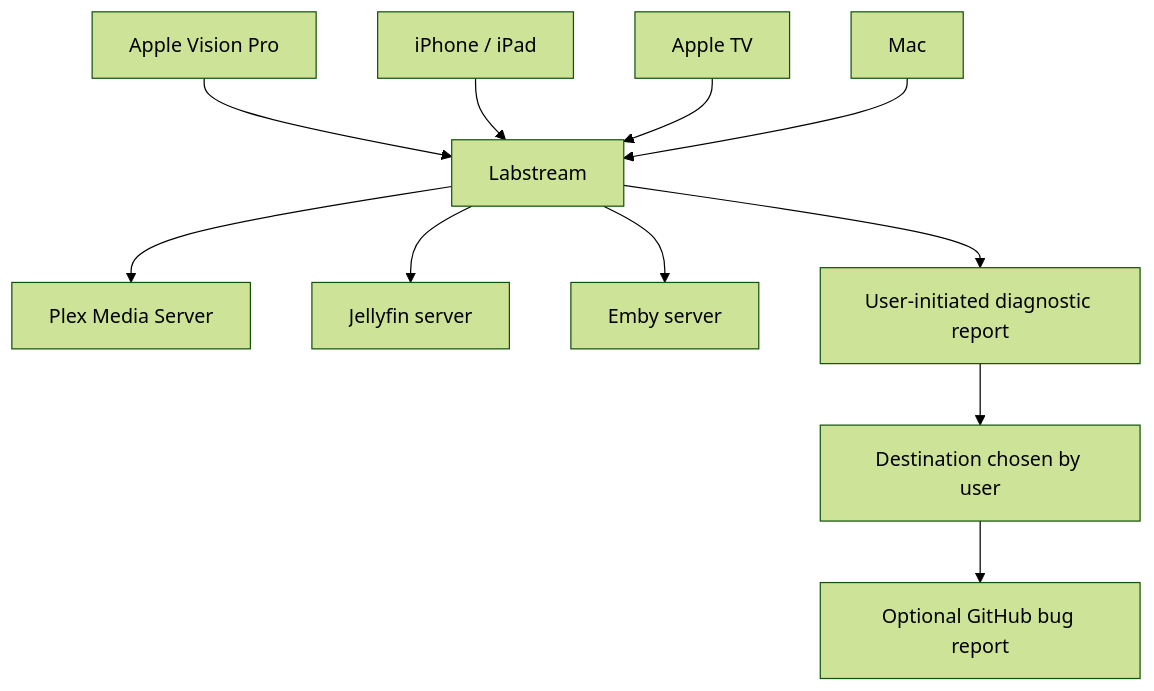
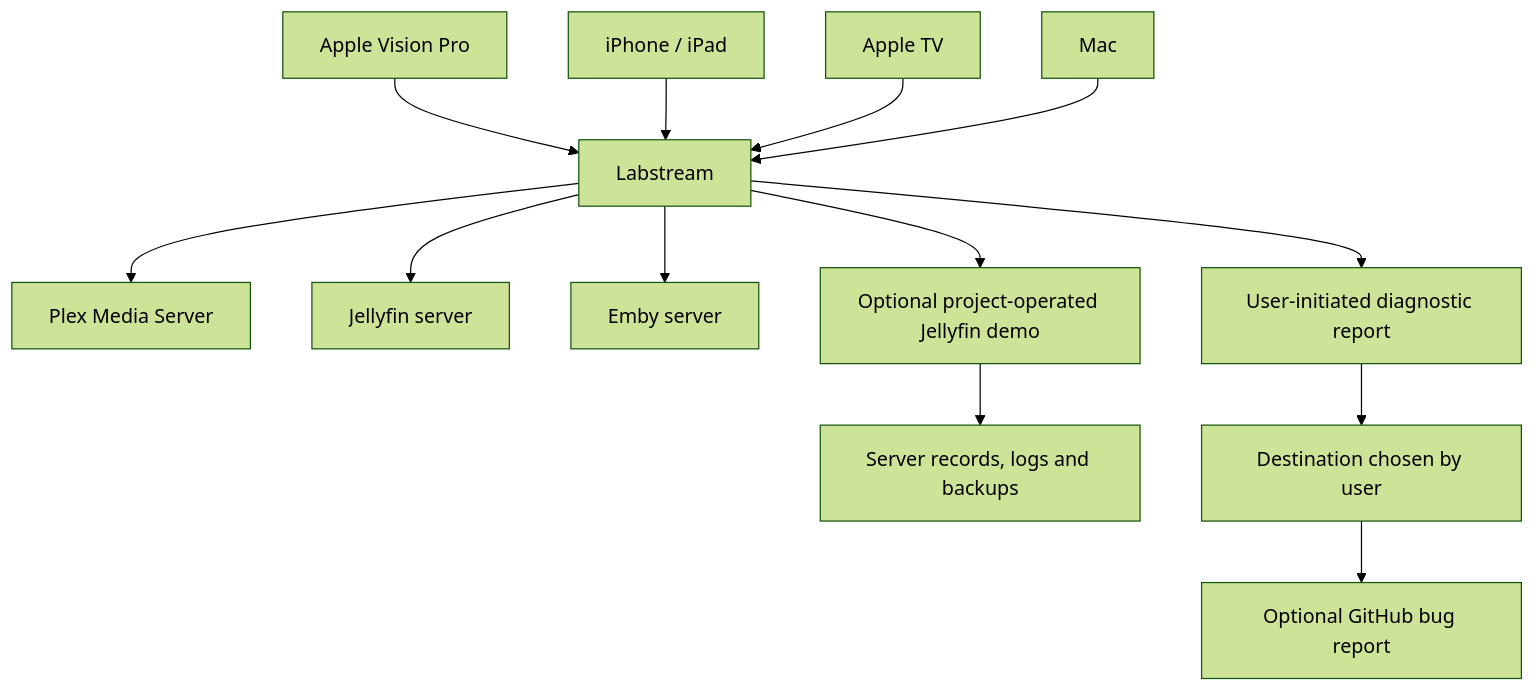
Before and after one commit to jlipworth/Labstream: the diagram in docs/index.md, drawn with Mermaid (forest theme). The commit also changed other lines of this file and 6 other files, not shown here.

````diff
--- a/docs/index.md
+++ b/docs/index.md
@@ -18,15 +20,17 @@
 ```mermaid
 flowchart TD
   accTitle: Labstream service topology
-  accDescr: Labstream has pre-release targets for Apple Vision Pro, iPhone, iPad, Apple TV, and Mac; it connects directly to a user-selected Plex, Jellyfin, or Emby server and makes a diagnostic report available only after the user chooses to copy, export, or share it.
+  accDescr: Labstream has pre-release targets for Apple Vision Pro, iPhone, iPad, Apple TV, and Mac; it connects directly to a user-selected Plex, Jellyfin, or Emby server, including the optional project-operated Jellyfin demo with retained operational records, and makes a diagnostic report available only after the user chooses to copy, export, or share it.
   Spatial[Apple Vision Pro] --> App[Labstream]
   Mobile[iPhone / iPad] --> App
   TV[Apple TV] --> App
   Mac[Mac] --> App
   App --> Plex[Plex Media Server]
   App --> Jellyfin[Jellyfin server]
   App --> Emby[Emby server]
+  App --> Demo[Optional project-operated Jellyfin demo]
+  Demo --> Records[Server records, logs and backups]
   App --> Report[User-initiated diagnostic report]
   Report --> Destination[Destination chosen by user]
   Destination --> Issue[Optional GitHub bug report]
 ```
````
